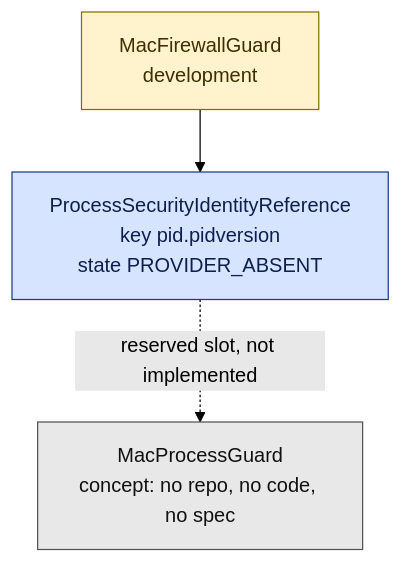
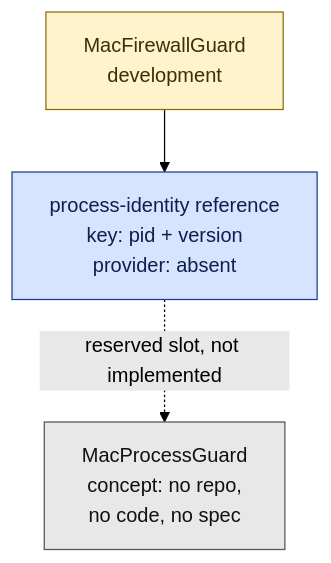
One commit to MacGuard/macguard-yara-channel changed the diagram in docs/wiki/diagrams/process-boundary.mmd. Above: the diagram before and after it, drawn with Mermaid (forest theme). The commit also changed 120 other files, not shown here.

```diff
--- a/docs/wiki/diagrams/process-boundary.mmd
+++ b/docs/wiki/diagrams/process-boundary.mmd
@@ -1,9 +1,9 @@
 flowchart TB
   FW["MacFirewallGuard<br/>development"]:::dev
-  KEY["ProcessSecurityIdentityReference<br/>key pid.pidversion<br/>state PROVIDER_ABSENT"]:::ok
-  PG["MacProcessGuard<br/>concept: no repo, no code, no spec"]:::con
+  KEY["process-identity reference<br/>key: pid + version<br/>provider: absent"]:::ok
+  PG["MacProcessGuard<br/>concept: no repo,<br/>no code, no spec"]:::con
   FW --> KEY
   KEY -. "reserved slot, not implemented" .-> PG
   classDef dev fill:#fff3cd,stroke:#8a6d00,color:#3d2f00
   classDef ok fill:#d6e4ff,stroke:#1a3d8f,color:#0d1f4d
   classDef con fill:#e8e8e8,stroke:#555555,color:#111111
```
